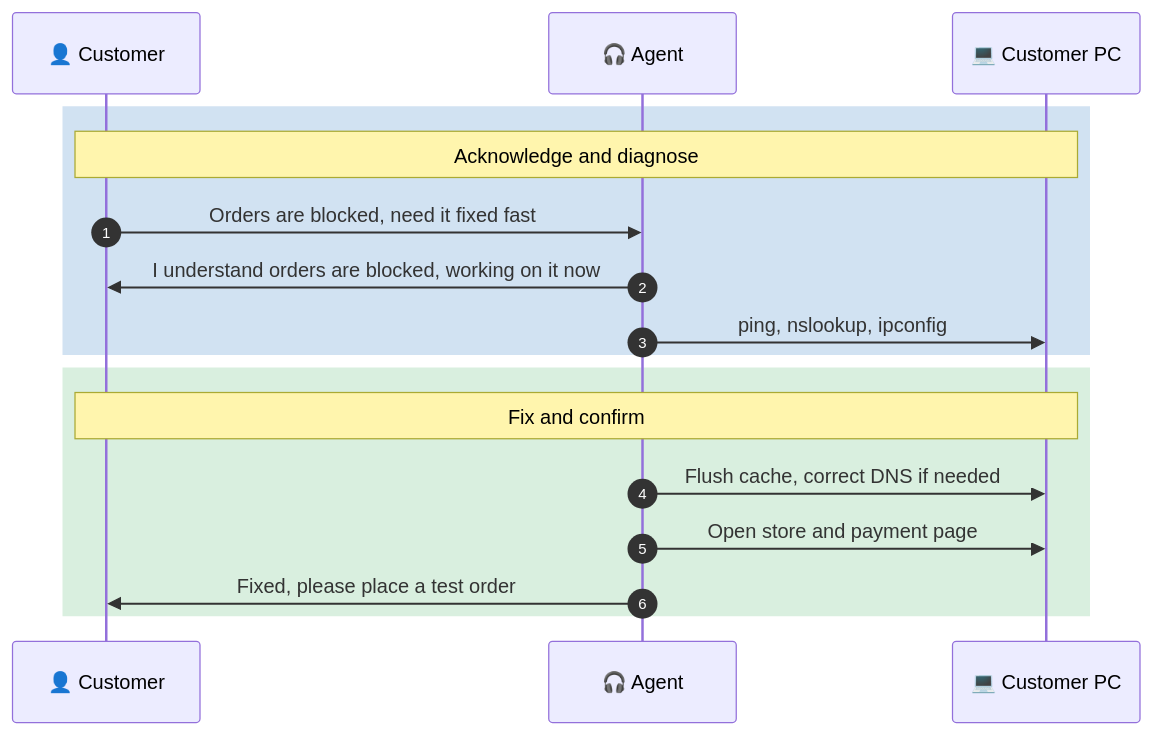
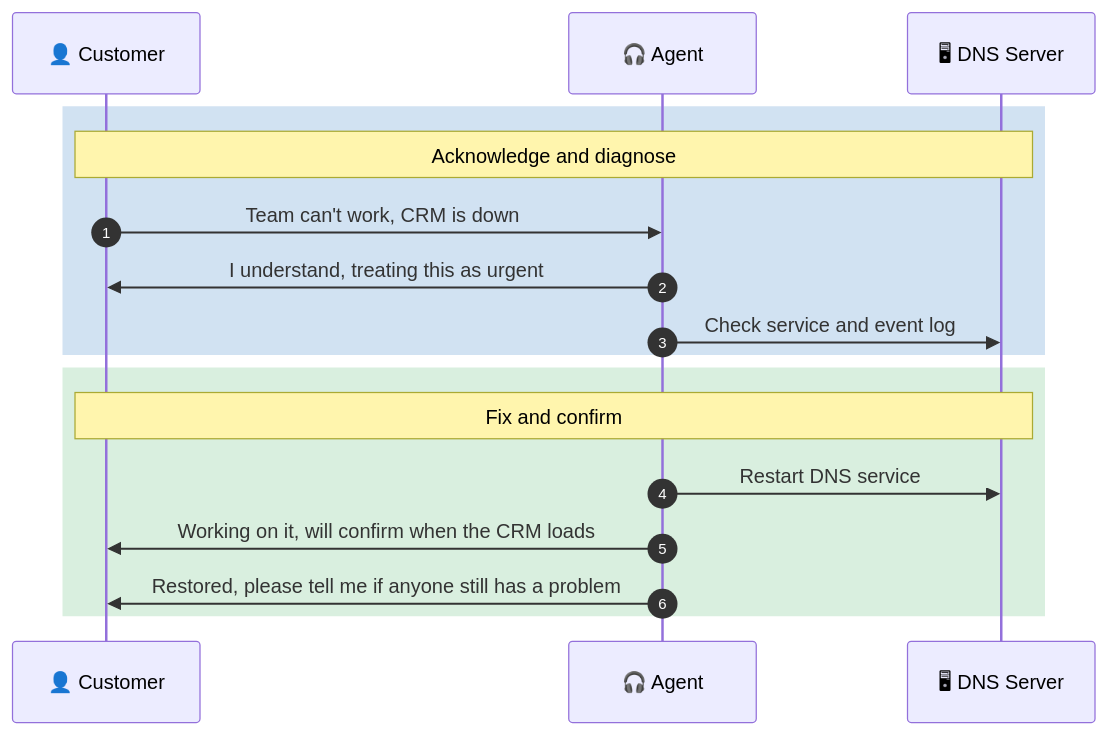
Before and after one commit to malaika-azhar/Customer-Tech-Support-Portfolio: the fifth of 6 diagrams in 01-video-knowledge-base/01.1-DNS-Resolution-Issue.md, drawn with Mermaid. The commit also changed other lines of this file, not shown here.

````diff
--- a/01-video-knowledge-base/01.1-DNS-Resolution-Issue.md
+++ b/01-video-knowledge-base/01.1-DNS-Resolution-Issue.md
@@ -276,21 +385,21 @@
 ```mermaid
 sequenceDiagram
     autonumber
     participant C as 👤 Customer
     participant A as 🎧 Agent
-    participant P as 💻 Customer PC
+    participant S as 🖥 DNS Server
 
     rect rgba(0, 94, 184, 0.18)
-    Note over C,P: Acknowledge and diagnose
-    C->>A: Orders are blocked, need it fixed fast
-    A->>C: I understand orders are blocked, working on it now
-    A->>P: ping, nslookup, ipconfig
+    Note over C,S: Acknowledge and diagnose
+    C->>A: Team can't work, CRM is down
+    A->>C: I understand, treating this as urgent
+    A->>S: Check service and event log
     end
 
     rect rgba(46, 164, 79, 0.18)
-    Note over C,P: Fix and confirm
-    A->>P: Flush cache, correct DNS if needed
-    A->>P: Open store and payment page
-    A->>C: Fixed, please place a test order
+    Note over C,S: Fix and confirm
+    A->>S: Restart DNS service
+    A->>C: Working on it, will confirm when the CRM loads
+    A->>C: Restored, please tell me if anyone still has a problem
     end
 ```
````
